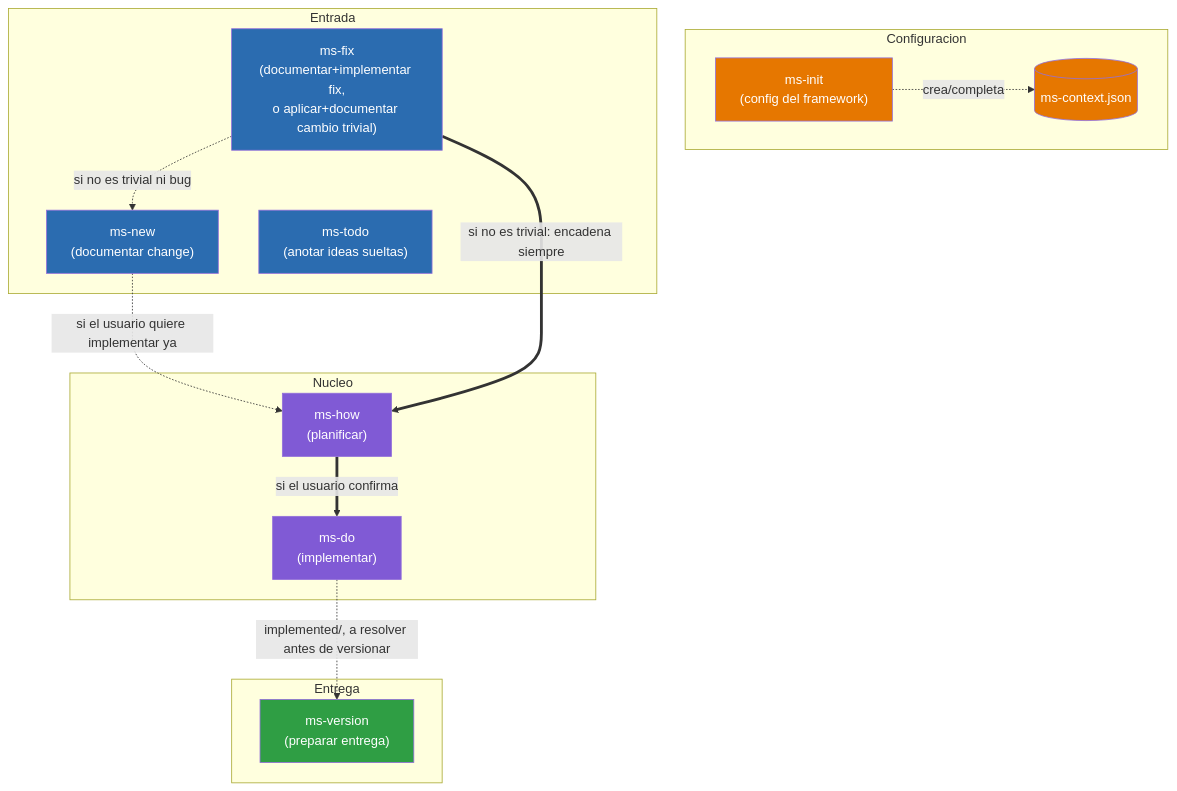
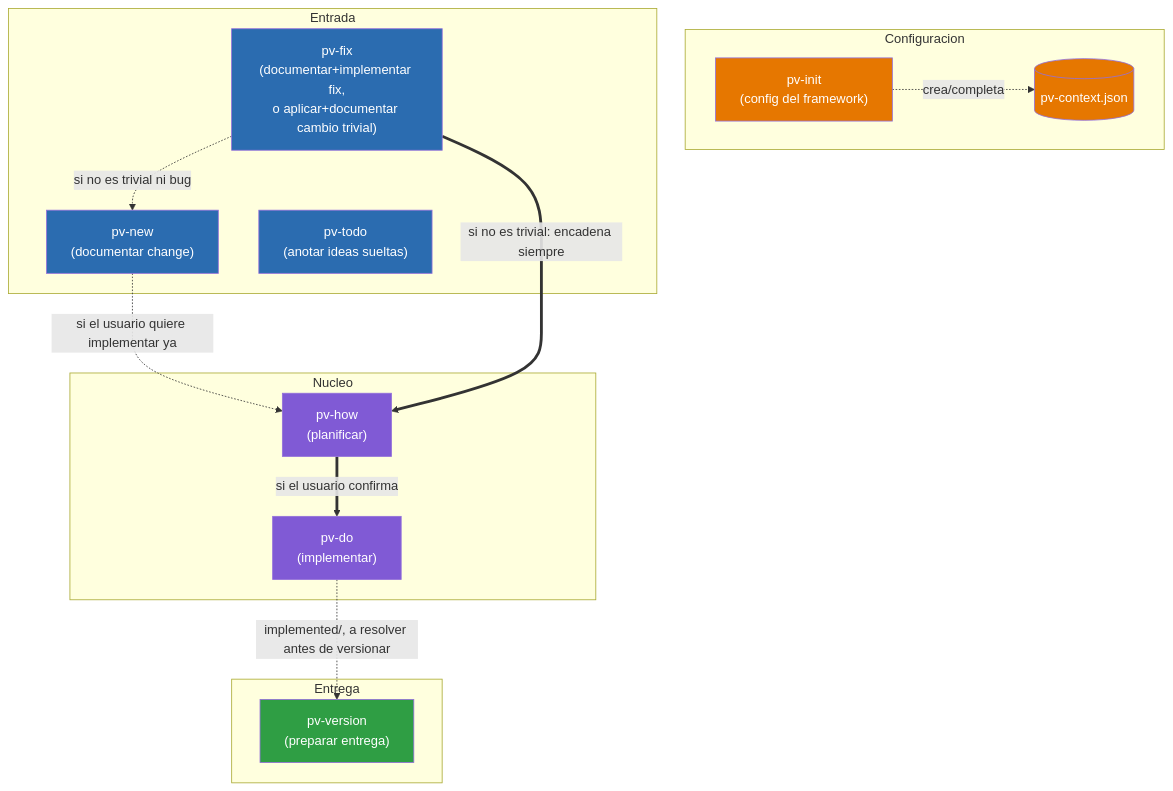
The diagram in .claude/pv-design.md (yeyopepe/previo), drawn with Mermaid before and after one commit. The commit also changed other lines of this file and 51 other files, not shown here.

````diff
--- a/.claude/pv-design.md
+++ b/.claude/pv-design.md
@@ -18,39 +21,39 @@
 ```mermaid
 graph TD
     subgraph Configuracion
-        ms_init["ms-init<br/>(config del framework)"]
-        ms_context[("ms-context.json")]
+        pv_init["pv-init<br/>(config del framework)"]
+        pv_context[("pv-context.json")]
     end
 
     subgraph Entrada
-        ms_new["ms-new<br/>(documentar change)"]
-        ms_fix["ms-fix<br/>(documentar+implementar fix,<br/>o aplicar+documentar cambio trivial)"]
-        ms_todo["ms-todo<br/>(anotar ideas sueltas)"]
+        pv_new["pv-new<br/>(documentar change)"]
+        pv_fix["pv-fix<br/>(documentar+implementar fix,<br/>o aplicar+documentar cambio trivial)"]
+        pv_todo["pv-todo<br/>(anotar ideas sueltas)"]
     end
 
     subgraph Nucleo
-        ms_how["ms-how<br/>(planificar)"]
-        ms_do["ms-do<br/>(implementar)"]
+        pv_how["pv-how<br/>(planificar)"]
+        pv_do["pv-do<br/>(implementar)"]
     end
 
     subgraph Entrega
-        ms_version["ms-version<br/>(preparar entrega)"]
+        pv_version["pv-version<br/>(preparar entrega)"]
     end
 
-    ms_init -.->|crea/completa| ms_context
+    pv_init -.->|crea/completa| pv_context
 
-    ms_new -.->|"si el usuario quiere implementar ya"| ms_how
-    ms_fix ==>|"si no es trivial: encadena siempre"| ms_how
-    ms_fix -.->|"si no es trivial ni bug"| ms_new
-    ms_how ==>|"si el usuario confirma"| ms_do
-    ms_do -.->|"implemented/, a resolver antes de versionar"| ms_version
+    pv_new -.->|"si el usuario quiere implementar ya"| pv_how
+    pv_fix ==>|"si no es trivial: encadena siempre"| pv_how
+    pv_fix -.->|"si no es trivial ni bug"| pv_new
+    pv_how ==>|"si el usuario confirma"| pv_do
+    pv_do -.->|"implemented/, a resolver antes de versionar"| pv_version
 
     classDef entry fill:#2b6cb0,color:#fff
     classDef core fill:#805ad5,color:#fff
     classDef config fill:#e67700,color:#fff
     classDef delivery fill:#2f9e44,color:#fff
-    class ms_new,ms_fix,ms_todo entry
-    class ms_how,ms_do core
-    class ms_init,ms_context config
-    class ms_version delivery
+    class pv_new,pv_fix,pv_todo entry
+    class pv_how,pv_do core
+    class pv_init,pv_context config
+    class pv_version delivery
 ```
````
